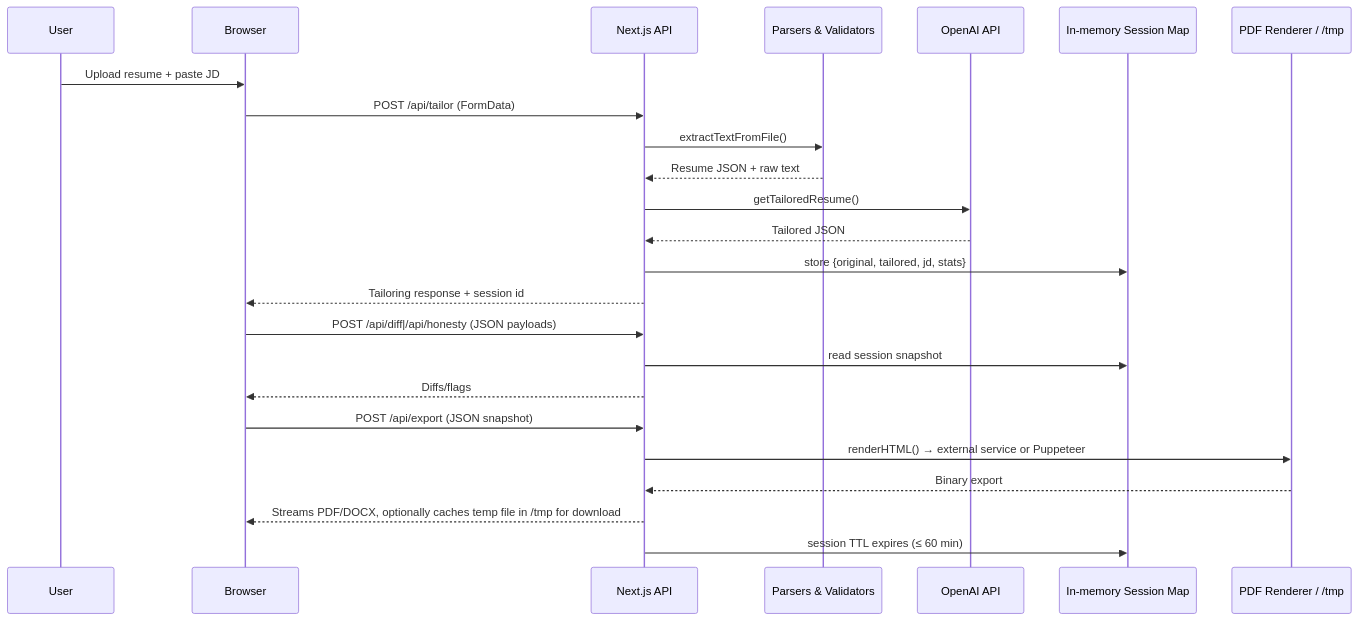
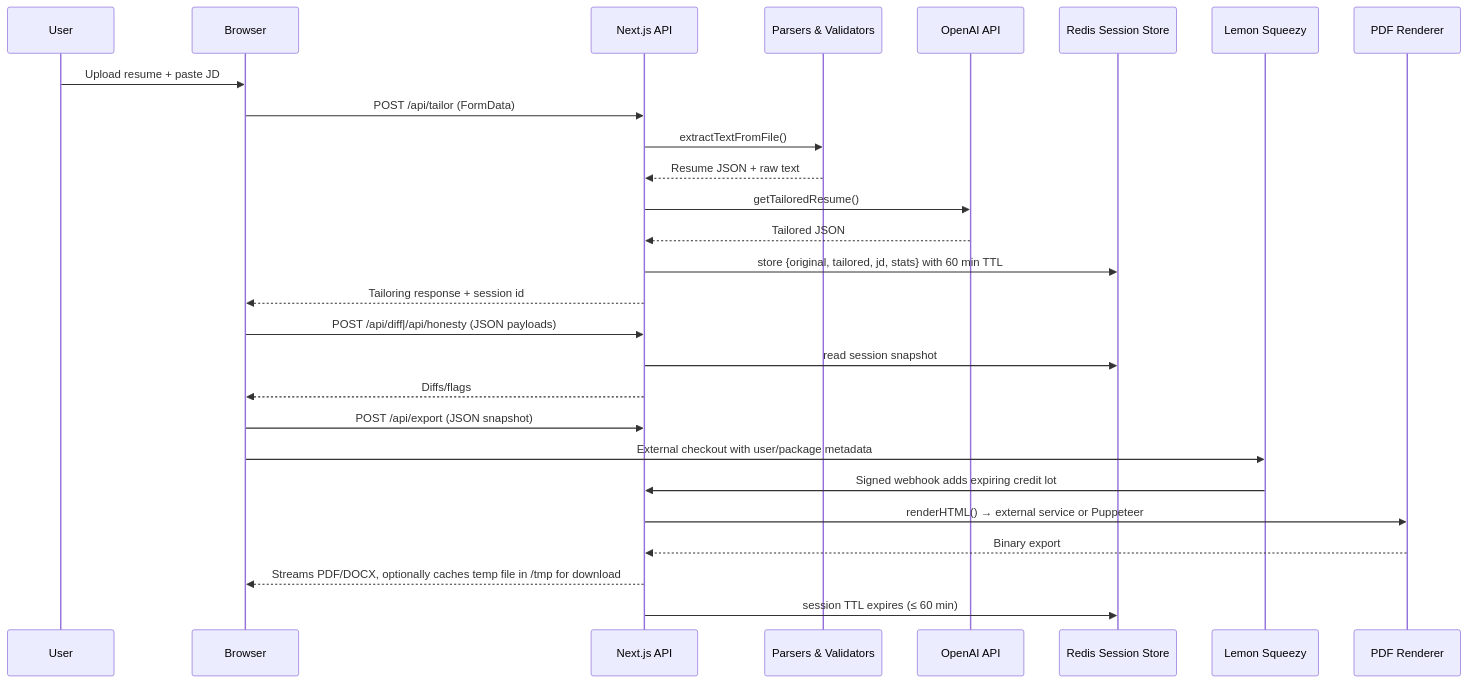
One commit to YassinKkhalil4/ai-resume changed the diagram in docs/data-flow-and-privacy.md. Above: the diagram before and after it, drawn with Mermaid. The commit also changed other lines of this file and 51 other files, not shown here.

Commit message:
Harden launch blockers and Lemon billing

````diff
--- a/docs/data-flow-and-privacy.md
+++ b/docs/data-flow-and-privacy.md
@@ -5,27 +5,30 @@
 ```mermaid
 sequenceDiagram
     participant User
     participant Browser
     participant API as Next.js API
     participant Parser as Parsers & Validators
     participant AI as OpenAI API
-    participant Session as In-memory Session Map
-    participant PDF as PDF Renderer / /tmp
+    participant Session as Redis Session Store
+    participant Billing as Lemon Squeezy
+    participant PDF as PDF Renderer
 
     User->>Browser: Upload resume + paste JD
     Browser->>API: POST /api/tailor (FormData)
     API->>Parser: extractTextFromFile()
     Parser-->>API: Resume JSON + raw text
     API->>AI: getTailoredResume()
     AI-->>API: Tailored JSON
-    API->>Session: store {original, tailored, jd, stats}
+    API->>Session: store {original, tailored, jd, stats} with 60 min TTL
     API-->>Browser: Tailoring response + session id
     Browser->>API: POST /api/diff|/api/honesty (JSON payloads)
     API->>Session: read session snapshot
     API-->>Browser: Diffs/flags
     Browser->>API: POST /api/export (JSON snapshot)
+    Browser->>Billing: External checkout with user/package metadata
+    Billing->>API: Signed webhook adds expiring credit lot
     API->>PDF: renderHTML() → external service or Puppeteer
     PDF-->>API: Binary export
     API-->>Browser: Streams PDF/DOCX, optionally caches temp file in /tmp for download
     API->>Session: session TTL expires (≤ 60 min)
 ```
````
